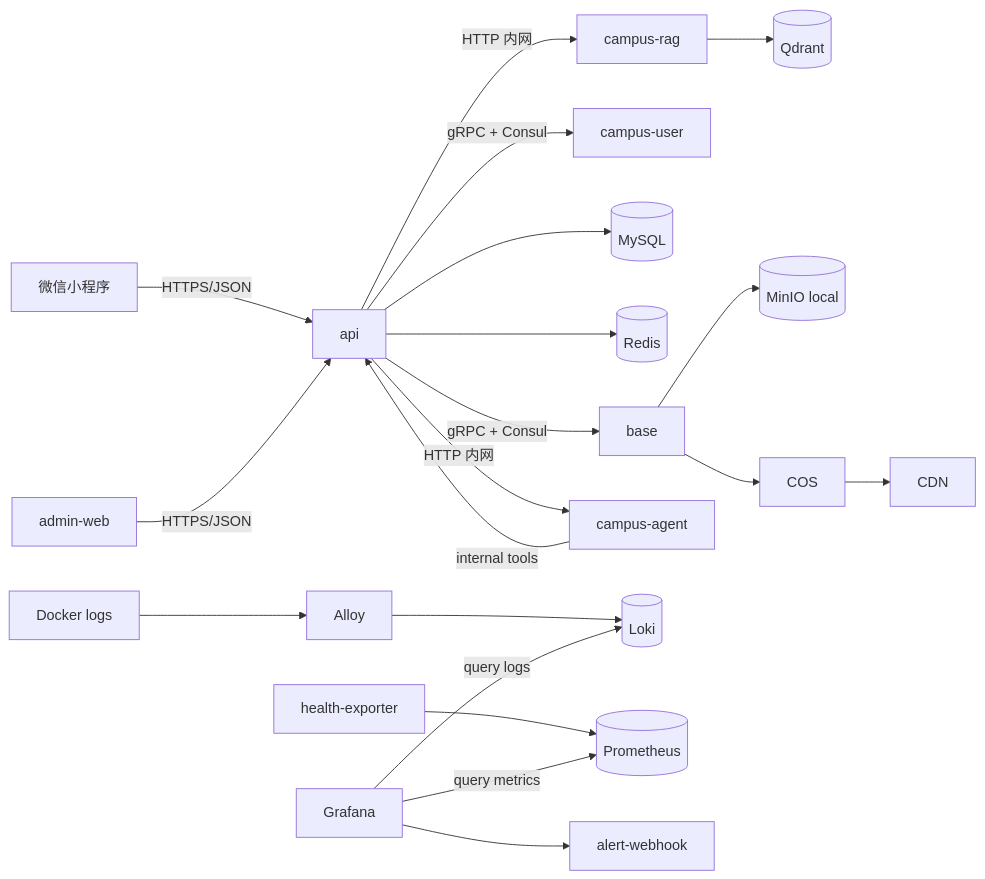
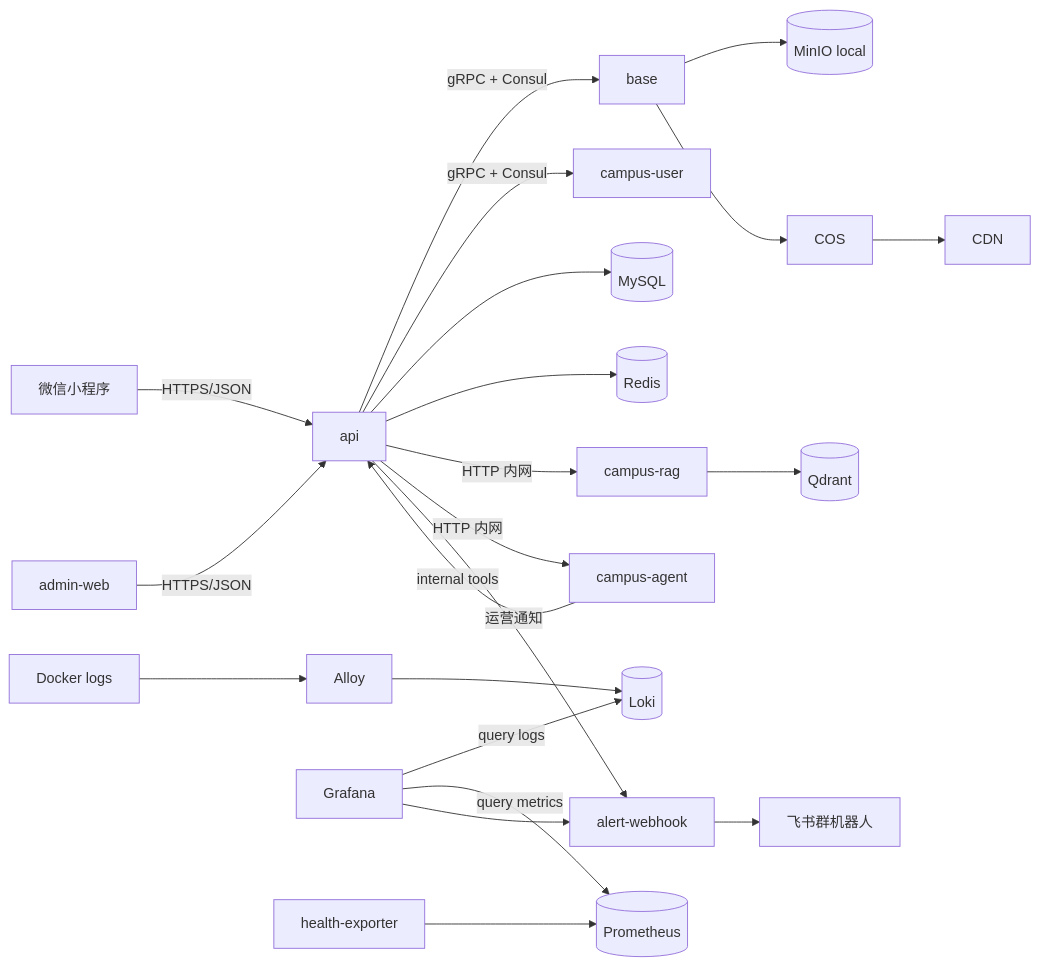
Before and after one commit to tangfire/lehu-video: the diagram in docs/architecture.md, drawn with Mermaid. The commit also changed other lines of this file and 13 other files, not shown here.

First line of the commit message:
文档更新 把新加的 campus-agent、飞书值班、AI 成本保护、RAG Agent 草稿、举报/反馈飞书闭环、API 路由、数据表和简历表达都补进去了，涉及： README.md、 docs/architecture.md、 docs/developer-guide.md、 docs/observability-alerting.md、 docs/agent-copilot.md 相关体系文档。

````diff
--- a/docs/architecture.md
+++ b/docs/architecture.md
@@ -28,22 +28,24 @@
 ```mermaid
 flowchart LR
     MiniProgram[微信小程序] -->|HTTPS/JSON| API[api]
     Admin[admin-web] -->|HTTPS/JSON| API
     API -->|gRPC + Consul| Base[base]
     API -->|gRPC + Consul| User[campus-user]
     API --> MySQL[(MySQL)]
     API --> Redis[(Redis)]
     API -->|HTTP 内网| Rag[campus-rag]
     API -->|HTTP 内网| Agent[campus-agent]
     Agent -->|internal tools| API
     Rag --> Qdrant[(Qdrant)]
     Base --> MinIO[(MinIO local)]
     Base --> COS[COS]
     COS --> CDN[CDN]
     DockerLogs[Docker logs] --> Alloy[Alloy]
     Alloy --> Loki[(Loki)]
     Grafana[Grafana] -->|query logs| Loki
     Health[health-exporter] --> Prometheus[(Prometheus)]
     Grafana -->|query metrics| Prometheus
     Grafana --> Alert[alert-webhook]
+    API -->|运营通知| Alert
+    Alert --> Feishu[飞书群机器人]
 ```
````
